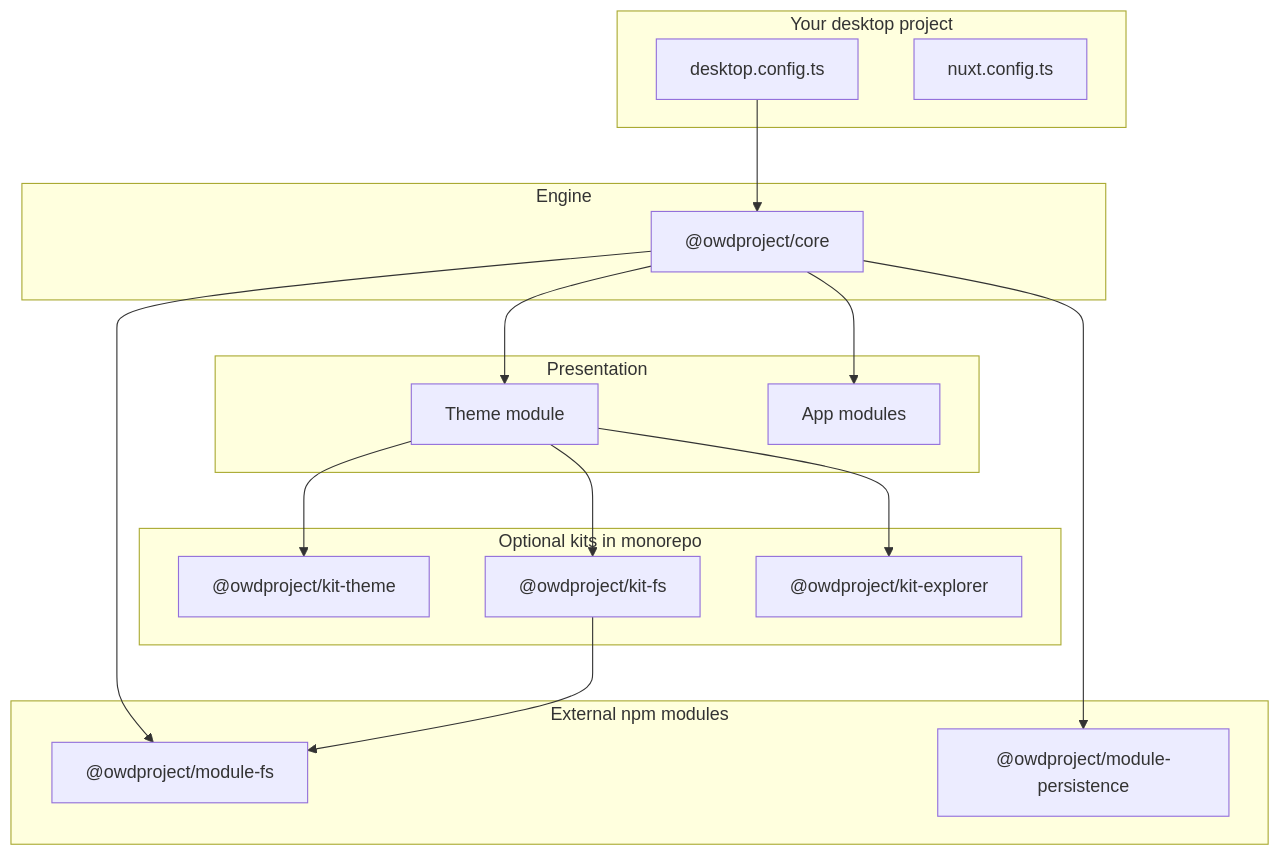
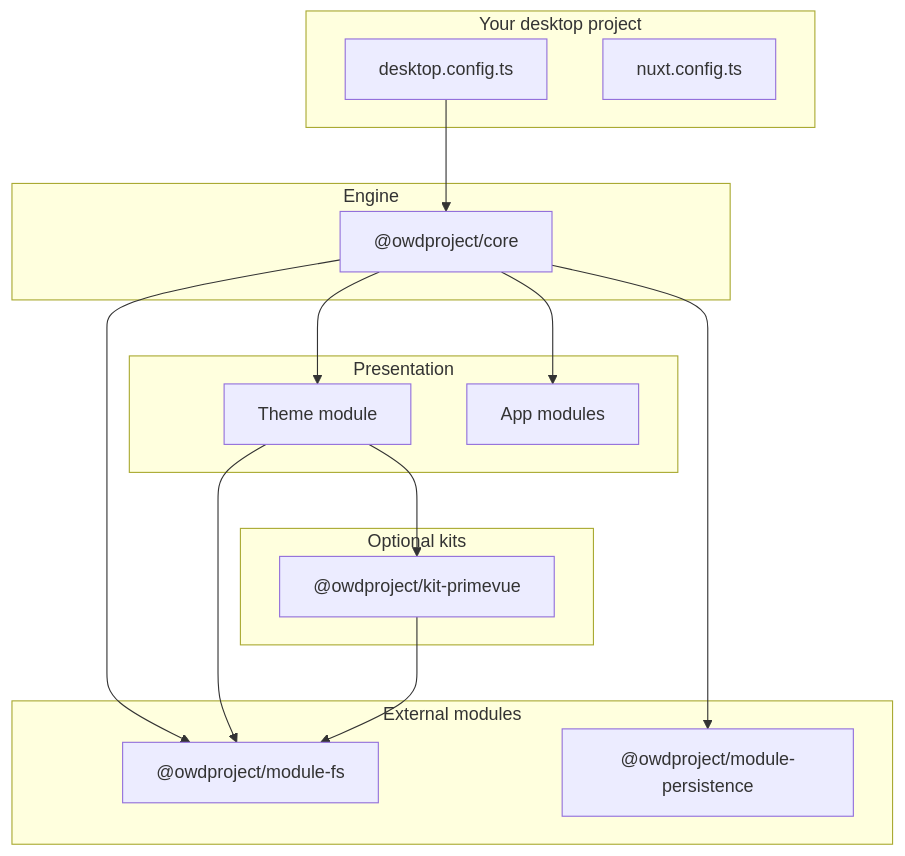
The diagram in content/3.architecture/1.overview.md (owdproject/docs), drawn with Mermaid before and after one commit. The commit also changed other lines of this file and 67 other files, not shown here.

````diff
--- a/content/3.architecture/1.overview.md
+++ b/content/3.architecture/1.overview.md
@@ -13,32 +13,29 @@
 ```mermaid
 flowchart TB
   subgraph consumer [Your desktop project]
     config[desktop.config.ts]
     nuxt[nuxt.config.ts]
   end
   subgraph engine [Engine]
     core["@owdproject/core"]
   end
-  subgraph kits [Optional kits in monorepo]
-    kitTheme["@owdproject/kit-theme"]
-    kitFs["@owdproject/kit-fs"]
-    kitExplorer["@owdproject/kit-explorer"]
+  subgraph kits [Optional kits]
+    kitPrimeVue["@owdproject/kit-primevue"]
   end
-  subgraph external [External npm modules]
+  subgraph external [External modules]
     modFs["@owdproject/module-fs"]
     modPersist["@owdproject/module-persistence"]
   end
   subgraph presentation [Presentation]
     theme[Theme module]
     apps[App modules]
   end
   config --> core
   core --> theme
   core --> modFs
   core --> modPersist
-  theme --> kitTheme
-  theme --> kitFs
-  theme --> kitExplorer
-  kitFs --> modFs
+  theme --> kitPrimeVue
+  theme --> modFs
+  kitPrimeVue --> modFs
   core --> apps
 ```
````
